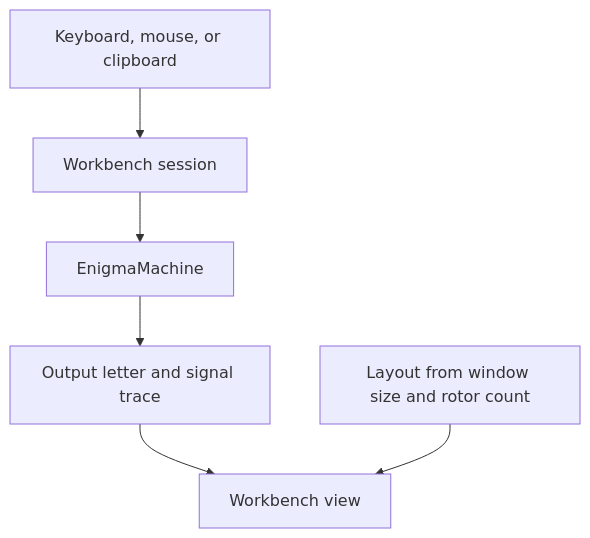
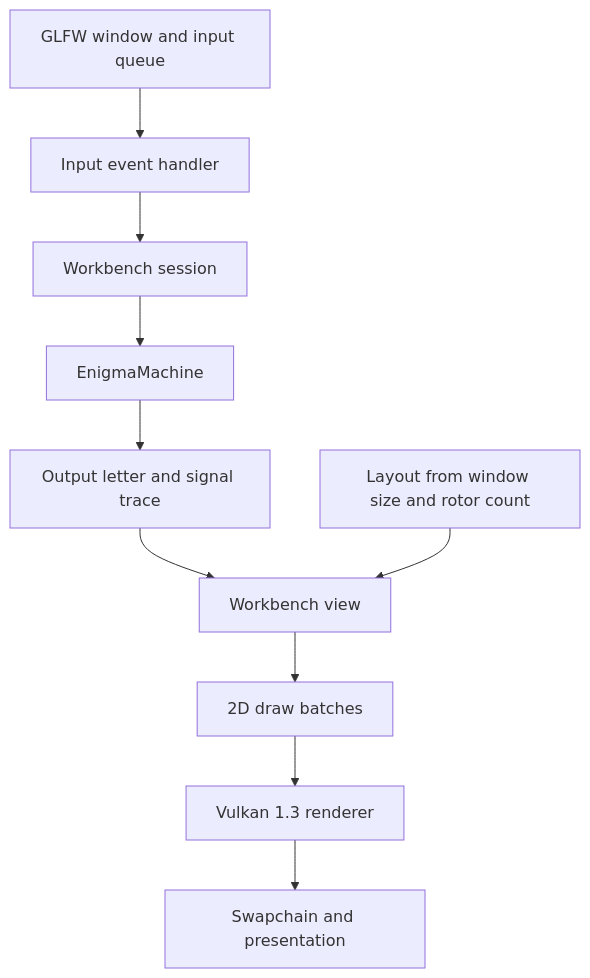
The diagram in documentation/Architecture.md (Ctrlm0nster/Enigma), drawn with Mermaid before and after one commit. The commit also changed other lines of this file and 51 other files, not shown here.

First line of the commit message:
Migrate Enigma Workbench to Vulkan 1.3 and overhaul UI typography

````diff
--- a/documentation/Architecture.md
+++ b/documentation/Architecture.md
@@ -20,8 +25,12 @@
 ```mermaid
 flowchart TD
-    Input[Keyboard, mouse, or clipboard] --> Session[Workbench session]
+    Platform[GLFW window and input queue] --> Input[Input event handler]
+    Input --> Session[Workbench session]
     Session --> Machine[EnigmaMachine]
     Machine --> Trace[Output letter and signal trace]
     Trace --> View[Workbench view]
     Layout[Layout from window size and rotor count] --> View
+    View --> Draw[2D draw batches]
+    Draw --> Vulkan[Vulkan 1.3 renderer]
+    Vulkan --> Swapchain[Swapchain and presentation]
 ```
````
